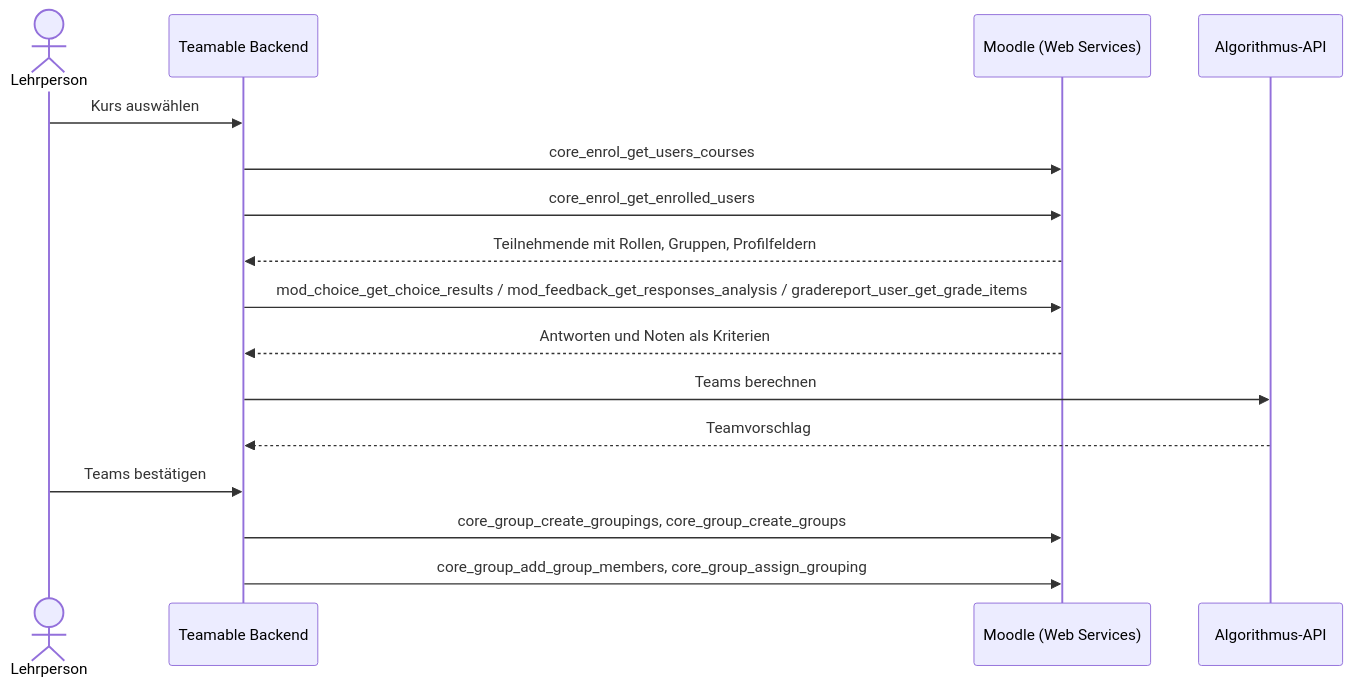
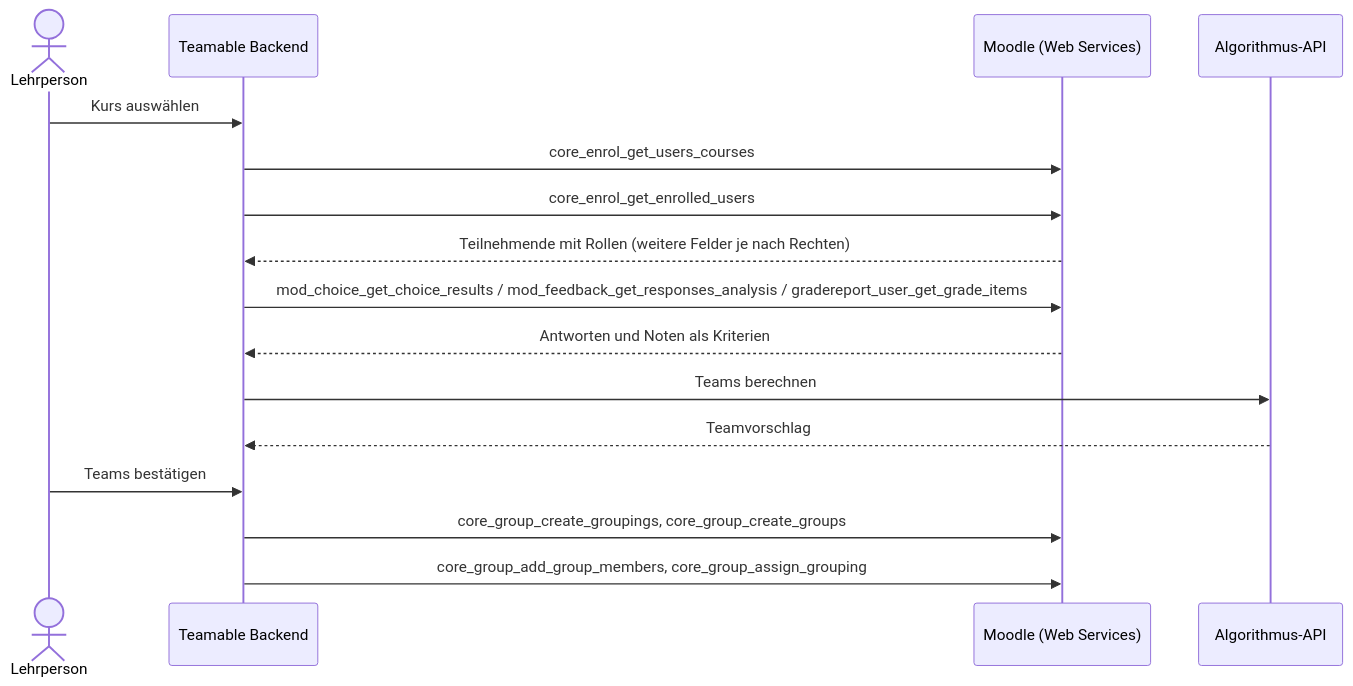
One commit to Teamprojekt-MSI-BIT-SS26/documentation changed the diagram in docs/recherche/LMS-Anbindung/moodle-api.md. Above: the diagram before and after it, drawn with Mermaid. The commit also changed other lines of this file, not shown here.

````diff
--- a/docs/recherche/LMS-Anbindung/moodle-api.md
+++ b/docs/recherche/LMS-Anbindung/moodle-api.md
@@ -40,19 +48,19 @@
 ```mermaid
 sequenceDiagram
     actor L as Lehrperson
     participant T as Teamable Backend
     participant M as Moodle (Web Services)
     participant A as Algorithmus-API
 
     L->>T: Kurs auswählen
     T->>M: core_enrol_get_users_courses
     T->>M: core_enrol_get_enrolled_users
-    M-->>T: Teilnehmende mit Rollen, Gruppen, Profilfeldern
+    M-->>T: Teilnehmende mit Rollen (weitere Felder je nach Rechten)
     T->>M: mod_choice_get_choice_results / mod_feedback_get_responses_analysis / gradereport_user_get_grade_items
     M-->>T: Antworten und Noten als Kriterien
     T->>A: Teams berechnen
     A-->>T: Teamvorschlag
     L->>T: Teams bestätigen
     T->>M: core_group_create_groupings, core_group_create_groups
     T->>M: core_group_add_group_members, core_group_assign_grouping
 ```
````
